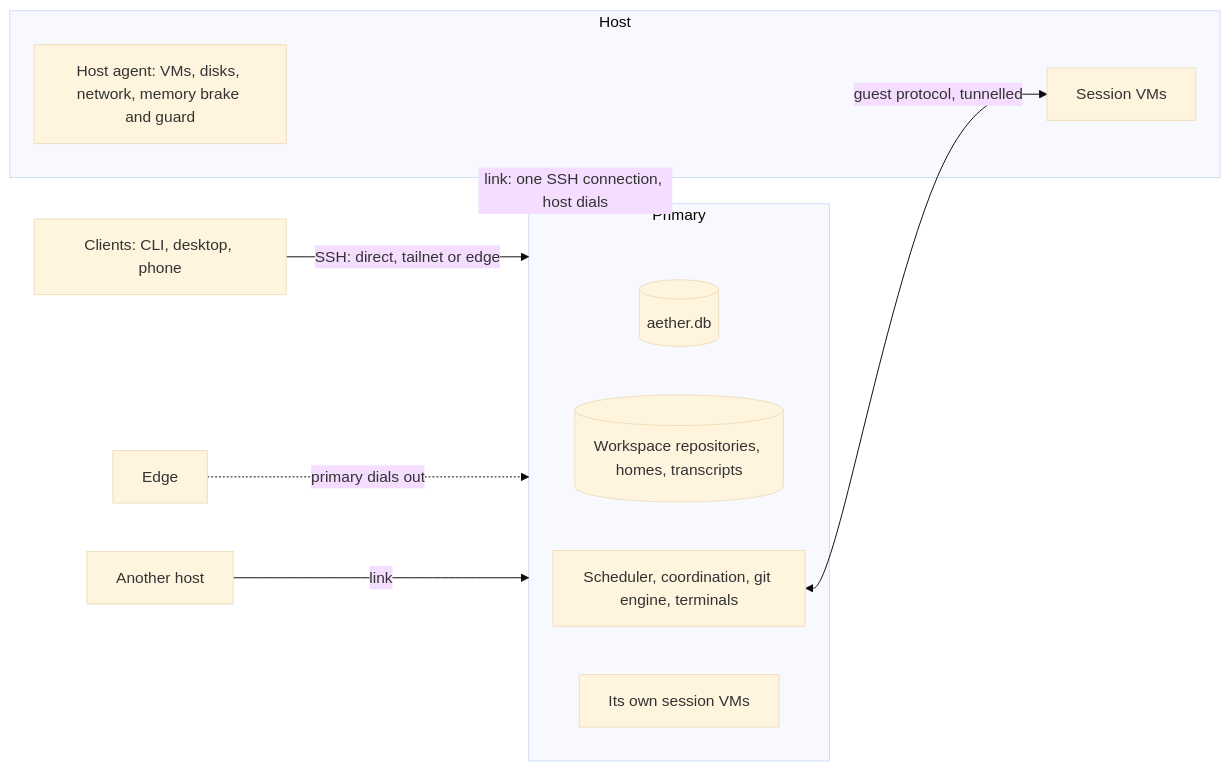
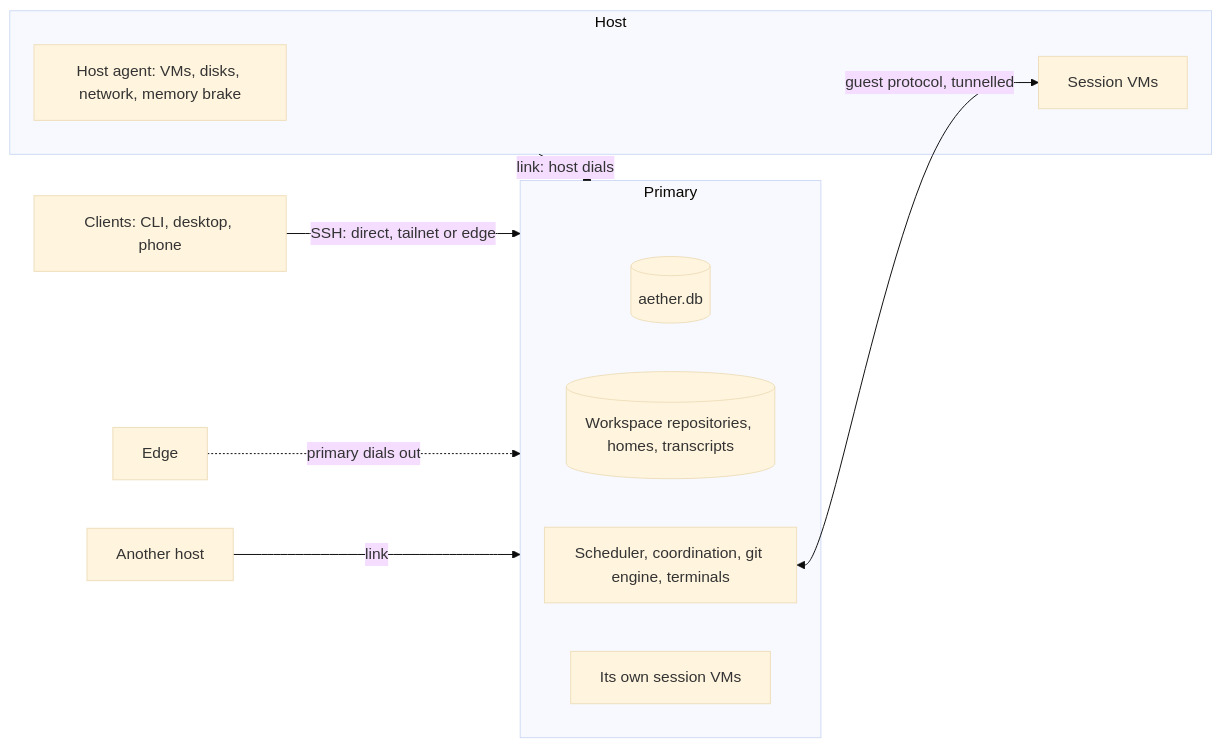
The first of 2 diagrams in docs/plans/2026-11-27-multi-machine.md (3xDevOps/cloudfield), drawn with Mermaid (base theme) before and after one commit. The commit also changed other lines of this file and 1 other file, not shown here.

````diff
--- a/docs/plans/2026-11-27-multi-machine.md
+++ b/docs/plans/2026-11-27-multi-machine.md
@@ -196,18 +213,18 @@
 ```mermaid
 flowchart LR
     C[Clients: CLI, desktop, phone] -->|"SSH: direct, tailnet or edge"| P
     E[Edge] -.->|primary dials out| P
     subgraph P["Primary"]
         DB[(aether.db)]
         R[(Workspace repositories, homes, transcripts)]
         SCH[Scheduler, coordination, git engine, terminals]
         V0[Its own session VMs]
     end
     subgraph H1["Host"]
-        HA[Host agent: VMs, disks, network, memory brake and guard]
+        HA[Host agent: VMs, disks, network, memory brake]
         V1[Session VMs]
     end
     SCH <-->|"guest protocol, tunnelled"| V1
-    H1 -->|"link: one SSH connection, host dials"| P
+    H1 -->|"link: host dials"| P
     H2[Another host] -->|link| P
 ```
````
